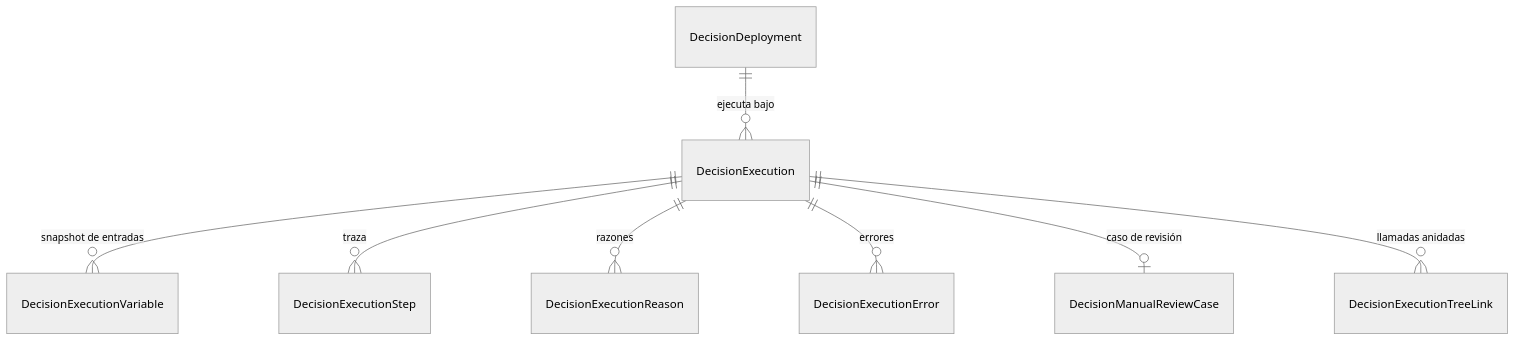
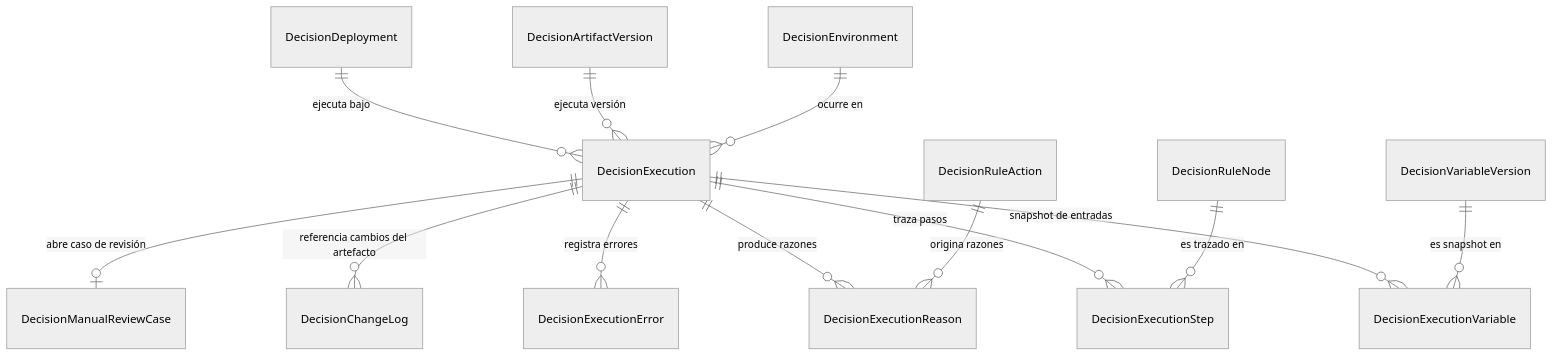
One commit to PabloArauzCaballero/AtlasDecisionEngineBackend changed diagram 12 of 18 in docs/data/relationships.md. Above: the diagram before and after it, drawn with Mermaid (neutral theme). The commit also changed other lines of this file and 1264 other files, not shown here.

````diff
--- a/docs/data/relationships.md
+++ b/docs/data/relationships.md
@@ -36,10 +228,15 @@
 ```mermaid
 erDiagram
     DecisionDeployment ||--o{ DecisionExecution : "ejecuta bajo"
+    DecisionArtifactVersion ||--o{ DecisionExecution : "ejecuta versión"
+    DecisionEnvironment ||--o{ DecisionExecution : "ocurre en"
     DecisionExecution ||--o{ DecisionExecutionVariable : "snapshot de entradas"
-    DecisionExecution ||--o{ DecisionExecutionStep : "traza"
-    DecisionExecution ||--o{ DecisionExecutionReason : "razones"
-    DecisionExecution ||--o{ DecisionExecutionError : "errores"
-    DecisionExecution ||--o| DecisionManualReviewCase : "caso de revisión"
-    DecisionExecution ||--o{ DecisionExecutionTreeLink : "llamadas anidadas"
+    DecisionVariableVersion ||--o{ DecisionExecutionVariable : "es snapshot en"
+    DecisionExecution ||--o{ DecisionExecutionStep : "traza pasos"
+    DecisionRuleNode ||--o{ DecisionExecutionStep : "es trazado en"
+    DecisionExecution ||--o{ DecisionExecutionReason : "produce razones"
+    DecisionRuleAction ||--o{ DecisionExecutionReason : "origina razones"
+    DecisionExecution ||--o{ DecisionExecutionError : "registra errores"
+    DecisionExecution ||--o{ DecisionChangeLog : "referencia cambios del artefacto"
+    DecisionExecution ||--o| DecisionManualReviewCase : "abre caso de revisión"
 ```
````
